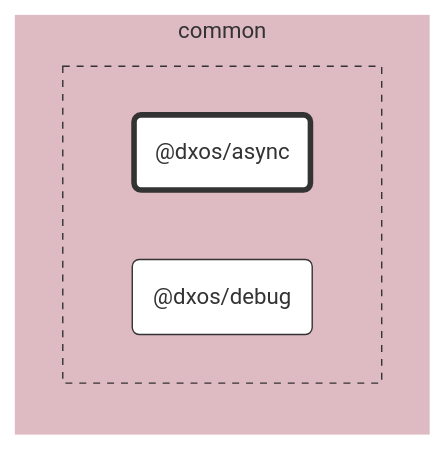
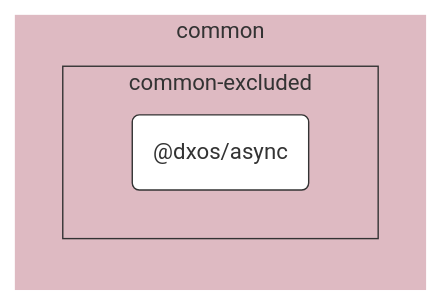
One commit to dxos/dxos changed the diagram in packages/common/async/docs/README.md. Above: the diagram before and after it, drawn with Mermaid. The commit also changed 84 other files, not shown here.

````diff
--- a/packages/common/async/docs/README.md
+++ b/packages/common/async/docs/README.md
@@ -7,33 +7,24 @@
 ```mermaid
 %%{ init: {'flowchart':{'curve':'basis'}} }%%
 
 flowchart LR
 
-%% Links
+%% Classes
+classDef default fill:#fff,stroke:#333,stroke-width:1px
+classDef root fill:#fff,stroke:#333,stroke-width:4px
 
-%% Sections
-subgraph common
-  style common fill:#debac2,stroke:#fff;
+%% Nodes
 
+subgraph common [common]
+  style common fill:#debac2,stroke:#fff
 
-  subgraph common-excluded [ ]
-    style common-excluded fill:#debac2,stroke:#333,stroke-dasharray:5 5;
-
-    dxos/async("@dxos/async")
-    dxos/debug("@dxos/debug")
+  subgraph common-excluded [common-excluded]
+    style common-excluded fill:#debac2,stroke:#333,stroke-dashed:5 5
+    dxos/async("@dxos/async"):::default
+    click dxos/async "dxos/dxos/tree/main/packages/common/async/docs"
   end
 end
 
-
-%% Hyperlinks
-click dxos/debug "dxos/dxos/tree/main/packages/common/debug/docs";
-
-%% Styles
-classDef rootNode fill:#fff,stroke:#333,stroke-width:4px
-classDef defaultNode fill:#fff,stroke:#333,stroke-width:1px
+%% Links
 linkStyle default stroke:#333,stroke-width:1px
-
-dxos/async:::rootNode
-
-dxos/debug:::defaultNode
 ```
````
